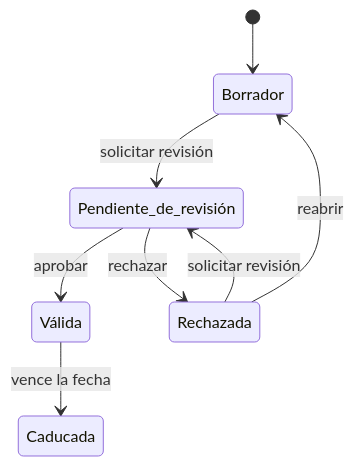
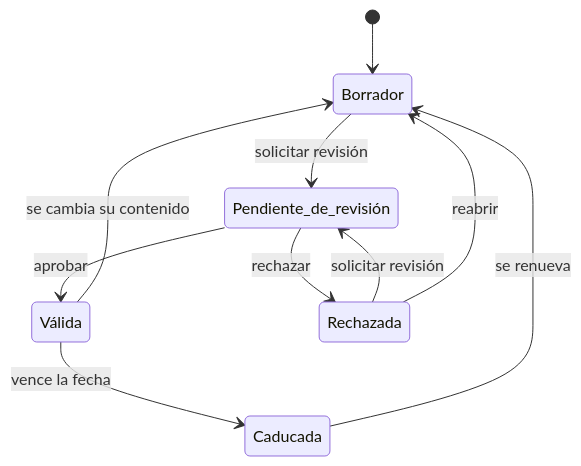
The diagram in docs/negocio/biblioteca-evidencias.md (albarracingarciap/fluxion-saas), drawn with Mermaid before and after one commit. The commit also changed other lines of this file and 21 other files, not shown here.

````diff
--- a/docs/negocio/biblioteca-evidencias.md
+++ b/docs/negocio/biblioteca-evidencias.md
@@ -68,10 +71,12 @@
 ```mermaid
 stateDiagram-v2
   [*] --> Borrador
   Borrador --> Pendiente_de_revisión: solicitar revisión
   Pendiente_de_revisión --> Válida: aprobar
   Pendiente_de_revisión --> Rechazada: rechazar
   Rechazada --> Pendiente_de_revisión: solicitar revisión
   Rechazada --> Borrador: reabrir
   Válida --> Caducada: vence la fecha
+  Válida --> Borrador: se cambia su contenido
+  Caducada --> Borrador: se renueva
 ```
````
